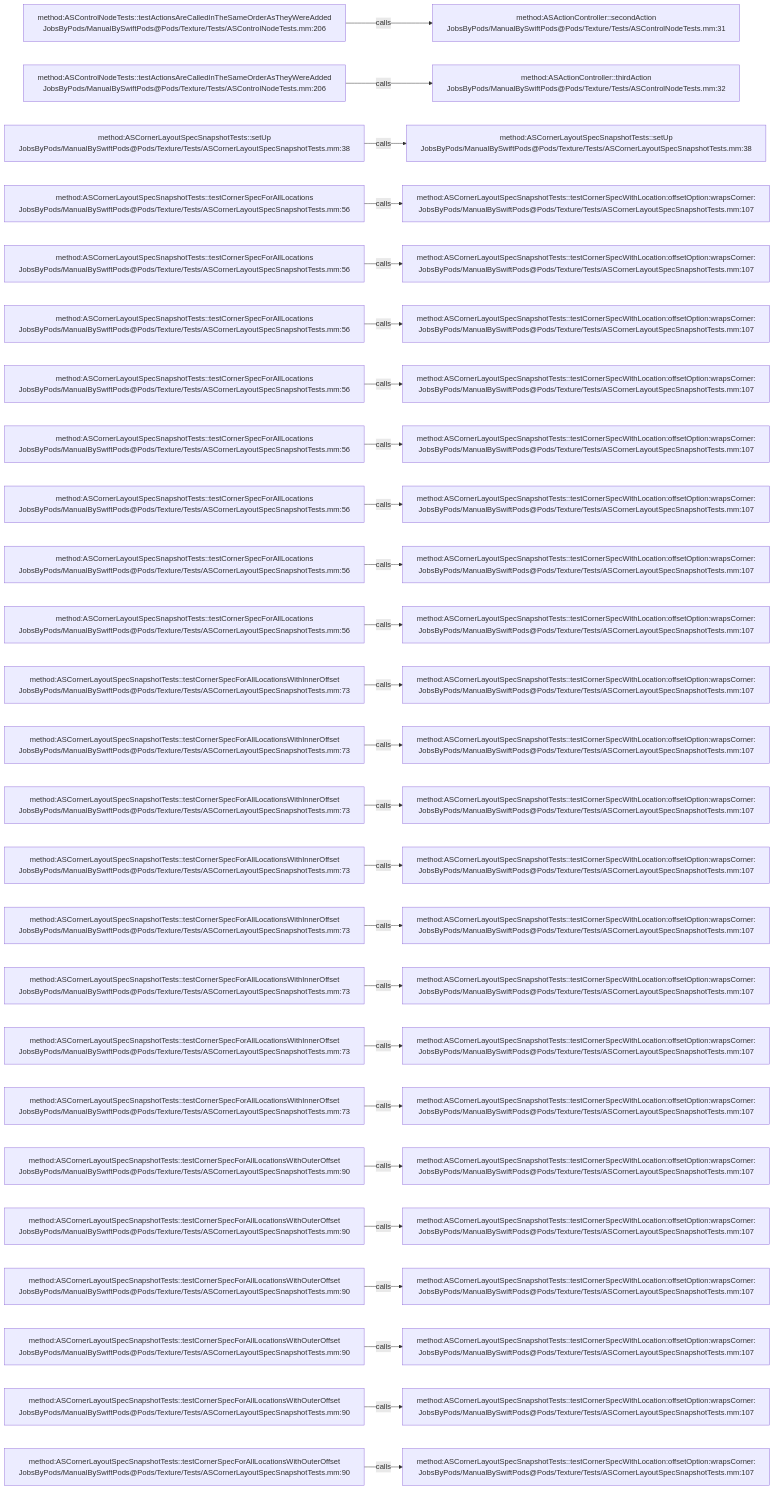
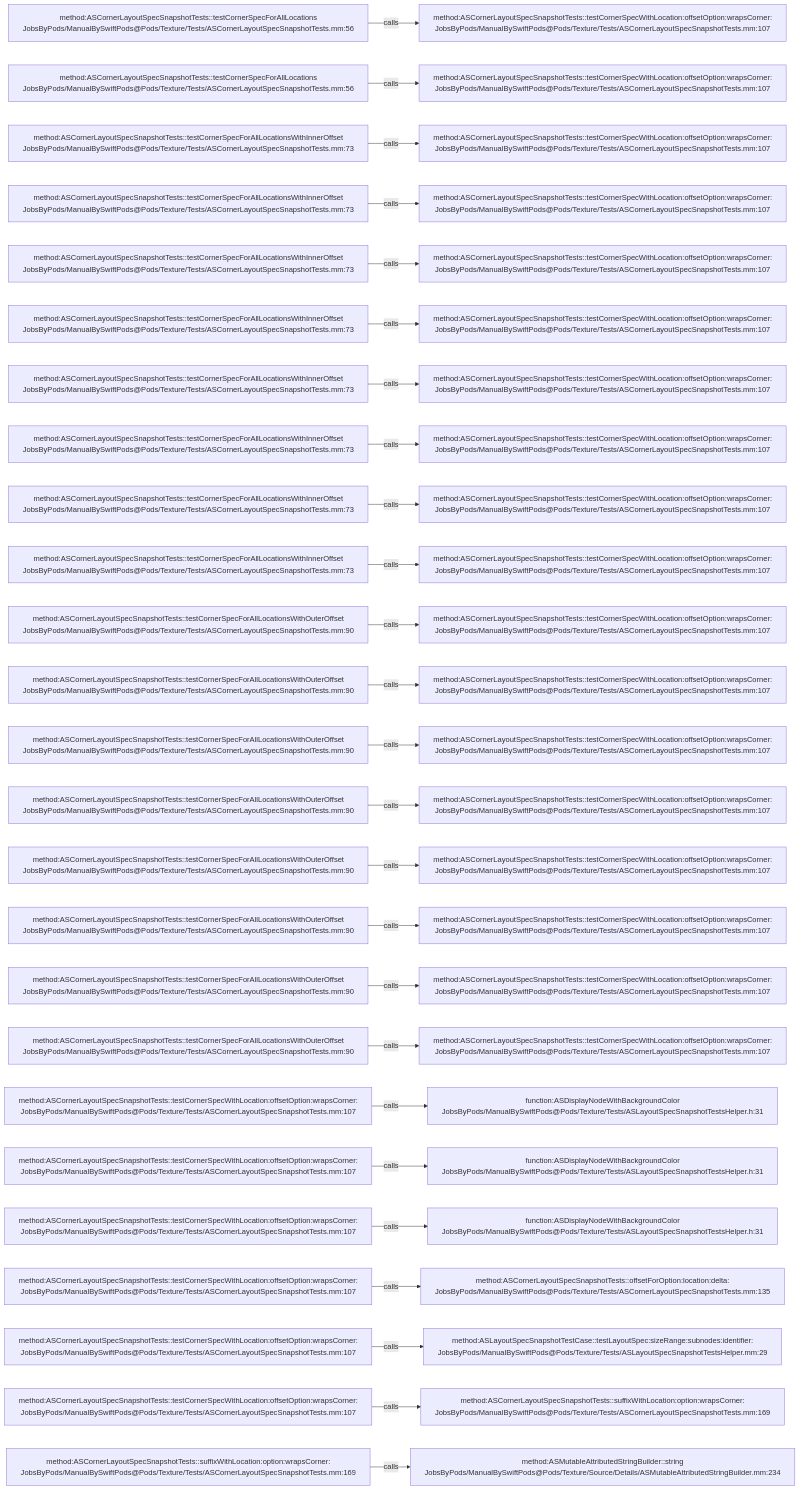
The diagram in .codegraph/codegraph.md/graphs/calls-177.md (JobsKits/JobsSwiftBaseConfigDemo), drawn with Mermaid before and after one commit. The commit also changed 707 other files, not shown here.

````diff
--- a/.codegraph/codegraph.md/graphs/calls-177.md
+++ b/.codegraph/codegraph.md/graphs/calls-177.md
@@ -13,78 +13,78 @@
 ```mermaid
 flowchart LR
-  S1["method:ASControlNodeTests::testActionsAreCalledInTheSameOrderAsTheyWereAdded<br/>JobsByPods/ManualBySwiftPods@Pods/Texture/Tests/ASControlNodeTests.mm:206"]
-  T1["method:ASActionController::secondAction<br/>JobsByPods/ManualBySwiftPods@Pods/Texture/Tests/ASControlNodeTests.mm:31"]
+  S1["method:ASCornerLayoutSpecSnapshotTests::testCornerSpecForAllLocations<br/>JobsByPods/ManualBySwiftPods@Pods/Texture/Tests/ASCornerLayoutSpecSnapshotTests.mm:56"]
+  T1["method:ASCornerLayoutSpecSnapshotTests::testCornerSpecWithLocation:offsetOption:wrapsCorner:<br/>JobsByPods/ManualBySwiftPods@Pods/Texture/Tests/ASCornerLayoutSpecSnapshotTests.mm:107"]
   S1 -->|calls| T1
-  S2["method:ASControlNodeTests::testActionsAreCalledInTheSameOrderAsTheyWereAdded<br/>JobsByPods/ManualBySwiftPods@Pods/Texture/Tests/ASControlNodeTests.mm:206"]
-  T2["method:ASActionController::thirdAction<br/>JobsByPods/ManualBySwiftPods@Pods/Texture/Tests/ASControlNodeTests.mm:32"]
+  S2["method:ASCornerLayoutSpecSnapshotTests::testCornerSpecForAllLocations<br/>JobsByPods/ManualBySwiftPods@Pods/Texture/Tests/ASCornerLayoutSpecSnapshotTests.mm:56"]
+  T2["method:ASCornerLayoutSpecSnapshotTests::testCornerSpecWithLocation:offsetOption:wrapsCorner:<br/>JobsByPods/ManualBySwiftPods@Pods/Texture/Tests/ASCornerLayoutSpecSnapshotTests.mm:107"]
   S2 -->|calls| T2
-  S3["method:ASCornerLayoutSpecSnapshotTests::setUp<br/>JobsByPods/ManualBySwiftPods@Pods/Texture/Tests/ASCornerLayoutSpecSnapshotTests.mm:38"]
-  T3["method:ASCornerLayoutSpecSnapshotTests::setUp<br/>JobsByPods/ManualBySwiftPods@Pods/Texture/Tests/ASCornerLayoutSpecSnapshotTests.mm:38"]
+  S3["method:ASCornerLayoutSpecSnapshotTests::testCornerSpecForAllLocationsWithInnerOffset<br/>JobsByPods/ManualBySwiftPods@Pods/Texture/Tests/ASCornerLayoutSpecSnapshotTests.mm:73"]
+  T3["method:ASCornerLayoutSpecSnapshotTests::testCornerSpecWithLocation:offsetOption:wrapsCorner:<br/>JobsByPods/ManualBySwiftPods@Pods/Texture/Tests/ASCornerLayoutSpecSnapshotTests.mm:107"]
   S3 -->|calls| T3
-  S4["method:ASCornerLayoutSpecSnapshotTests::testCornerSpecForAllLocations<br/>JobsByPods/ManualBySwiftPods@Pods/Texture/Tests/ASCornerLayoutSpecSnapshotTests.mm:56"]
+  S4["method:ASCornerLayoutSpecSnapshotTests::testCornerSpecForAllLocationsWithInnerOffset<br/>JobsByPods/ManualBySwiftPods@Pods/Texture/Tests/ASCornerLayoutSpecSnapshotTests.mm:73"]
   T4["method:ASCornerLayoutSpecSnapshotTests::testCornerSpecWithLocation:offsetOption:wrapsCorner:<br/>JobsByPods/ManualBySwiftPods@Pods/Texture/Tests/ASCornerLayoutSpecSnapshotTests.mm:107"]
   S4 -->|calls| T4
-  S5["method:ASCornerLayoutSpecSnapshotTests::testCornerSpecForAllLocations<br/>JobsByPods/ManualBySwiftPods@Pods/Texture/Tests/ASCornerLayoutSpecSnapshotTests.mm:56"]
+  S5["method:ASCornerLayoutSpecSnapshotTests::testCornerSpecForAllLocationsWithInnerOffset<br/>JobsByPods/ManualBySwiftPods@Pods/Texture/Tests/ASCornerLayoutSpecSnapshotTests.mm:73"]
   T5["method:ASCornerLayoutSpecSnapshotTests::testCornerSpecWithLocation:offsetOption:wrapsCorner:<br/>JobsByPods/ManualBySwiftPods@Pods/Texture/Tests/ASCornerLayoutSpecSnapshotTests.mm:107"]
   S5 -->|calls| T5
-  S6["method:ASCornerLayoutSpecSnapshotTests::testCornerSpecForAllLocations<br/>JobsByPods/ManualBySwiftPods@Pods/Texture/Tests/ASCornerLayoutSpecSnapshotTests.mm:56"]
+  S6["method:ASCornerLayoutSpecSnapshotTests::testCornerSpecForAllLocationsWithInnerOffset<br/>JobsByPods/ManualBySwiftPods@Pods/Texture/Tests/ASCornerLayoutSpecSnapshotTests.mm:73"]
   T6["method:ASCornerLayoutSpecSnapshotTests::testCornerSpecWithLocation:offsetOption:wrapsCorner:<br/>JobsByPods/ManualBySwiftPods@Pods/Texture/Tests/ASCornerLayoutSpecSnapshotTests.mm:107"]
   S6 -->|calls| T6
-  S7["method:ASCornerLayoutSpecSnapshotTests::testCornerSpecForAllLocations<br/>JobsByPods/ManualBySwiftPods@Pods/Texture/Tests/ASCornerLayoutSpecSnapshotTests.mm:56"]
+  S7["method:ASCornerLayoutSpecSnapshotTests::testCornerSpecForAllLocationsWithInnerOffset<br/>JobsByPods/ManualBySwiftPods@Pods/Texture/Tests/ASCornerLayoutSpecSnapshotTests.mm:73"]
   T7["method:ASCornerLayoutSpecSnapshotTests::testCornerSpecWithLocation:offsetOption:wrapsCorner:<br/>JobsByPods/ManualBySwiftPods@Pods/Texture/Tests/ASCornerLayoutSpecSnapshotTests.mm:107"]
   S7 -->|calls| T7
-  S8["method:ASCornerLayoutSpecSnapshotTests::testCornerSpecForAllLocations<br/>JobsByPods/ManualBySwiftPods@Pods/Texture/Tests/ASCornerLayoutSpecSnapshotTests.mm:56"]
+  S8["method:ASCornerLayoutSpecSnapshotTests::testCornerSpecForAllLocationsWithInnerOffset<br/>JobsByPods/ManualBySwiftPods@Pods/Texture/Tests/ASCornerLayoutSpecSnapshotTests.mm:73"]
   T8["method:ASCornerLayoutSpecSnapshotTests::testCornerSpecWithLocation:offsetOption:wrapsCorner:<br/>JobsByPods/ManualBySwiftPods@Pods/Texture/Tests/ASCornerLayoutSpecSnapshotTests.mm:107"]
   S8 -->|calls| T8
-  S9["method:ASCornerLayoutSpecSnapshotTests::testCornerSpecForAllLocations<br/>JobsByPods/ManualBySwiftPods@Pods/Texture/Tests/ASCornerLayoutSpecSnapshotTests.mm:56"]
+  S9["method:ASCornerLayoutSpecSnapshotTests::testCornerSpecForAllLocationsWithInnerOffset<br/>JobsByPods/ManualBySwiftPods@Pods/Texture/Tests/ASCornerLayoutSpecSnapshotTests.mm:73"]
   T9["method:ASCornerLayoutSpecSnapshotTests::testCornerSpecWithLocation:offsetOption:wrapsCorner:<br/>JobsByPods/ManualBySwiftPods@Pods/Texture/Tests/ASCornerLayoutSpecSnapshotTests.mm:107"]
   S9 -->|calls| T9
-  S10["method:ASCornerLayoutSpecSnapshotTests::testCornerSpecForAllLocations<br/>JobsByPods/ManualBySwiftPods@Pods/Texture/Tests/ASCornerLayoutSpecSnapshotTests.mm:56"]
+  S10["method:ASCornerLayoutSpecSnapshotTests::testCornerSpecForAllLocationsWithInnerOffset<br/>JobsByPods/ManualBySwiftPods@Pods/Texture/Tests/ASCornerLayoutSpecSnapshotTests.mm:73"]
   T10["method:ASCornerLayoutSpecSnapshotTests::testCornerSpecWithLocation:offsetOption:wrapsCorner:<br/>JobsByPods/ManualBySwiftPods@Pods/Texture/Tests/ASCornerLayoutSpecSnapshotTests.mm:107"]
   S10 -->|calls| T10
-  S11["method:ASCornerLayoutSpecSnapshotTests::testCornerSpecForAllLocations<br/>JobsByPods/ManualBySwiftPods@Pods/Texture/Tests/ASCornerLayoutSpecSnapshotTests.mm:56"]
+  S11["method:ASCornerLayoutSpecSnapshotTests::testCornerSpecForAllLocationsWithOuterOffset<br/>JobsByPods/ManualBySwiftPods@Pods/Texture/Tests/ASCornerLayoutSpecSnapshotTests.mm:90"]
   T11["method:ASCornerLayoutSpecSnapshotTests::testCornerSpecWithLocation:offsetOption:wrapsCorner:<br/>JobsByPods/ManualBySwiftPods@Pods/Texture/Tests/ASCornerLayoutSpecSnapshotTests.mm:107"]
   S11 -->|calls| T11
-  S12["method:ASCornerLayoutSpecSnapshotTests::testCornerSpecForAllLocationsWithInnerOffset<br/>JobsByPods/ManualBySwiftPods@Pods/Texture/Tests/ASCornerLayoutSpecSnapshotTests.mm:73"]
+  S12["method:ASCornerLayoutSpecSnapshotTests::testCornerSpecForAllLocationsWithOuterOffset<br/>JobsByPods/ManualBySwiftPods@Pods/Texture/Tests/ASCornerLayoutSpecSnapshotTests.mm:90"]
   T12["method:ASCornerLayoutSpecSnapshotTests::testCornerSpecWithLocation:offsetOption:wrapsCorner:<br/>JobsByPods/ManualBySwiftPods@Pods/Texture/Tests/ASCornerLayoutSpecSnapshotTests.mm:107"]
   S12 -->|calls| T12
-  S13["method:ASCornerLayoutSpecSnapshotTests::testCornerSpecForAllLocationsWithInnerOffset<br/>JobsByPods/ManualBySwiftPods@Pods/Texture/Tests/ASCornerLayoutSpecSnapshotTests.mm:73"]
+  S13["method:ASCornerLayoutSpecSnapshotTests::testCornerSpecForAllLocationsWithOuterOffset<br/>JobsByPods/ManualBySwiftPods@Pods/Texture/Tests/ASCornerLayoutSpecSnapshotTests.mm:90"]
   T13["method:ASCornerLayoutSpecSnapshotTests::testCornerSpecWithLocation:offsetOption:wrapsCorner:<br/>JobsByPods/ManualBySwiftPods@Pods/Texture/Tests/ASCornerLayoutSpecSnapshotTests.mm:107"]
   S13 -->|calls| T13
-  S14["method:ASCornerLayoutSpecSnapshotTests::testCornerSpecForAllLocationsWithInnerOffset<br/>JobsByPods/ManualBySwiftPods@Pods/Texture/Tests/ASCornerLayoutSpecSnapshotTests.mm:73"]
+  S14["method:ASCornerLayoutSpecSnapshotTests::testCornerSpecForAllLocationsWithOuterOffset<br/>JobsByPods/ManualBySwiftPods@Pods/Texture/Tests/ASCornerLayoutSpecSnapshotTests.mm:90"]
   T14["method:ASCornerLayoutSpecSnapshotTests::testCornerSpecWithLocation:offsetOption:wrapsCorner:<br/>JobsByPods/ManualBySwiftPods@Pods/Texture/Tests/ASCornerLayoutSpecSnapshotTests.mm:107"]
   S14 -->|calls| T14
-  S15["method:ASCornerLayoutSpecSnapshotTests::testCornerSpecForAllLocationsWithInnerOffset<br/>JobsByPods/ManualBySwiftPods@Pods/Texture/Tests/ASCornerLayoutSpecSnapshotTests.mm:73"]
+  S15["method:ASCornerLayoutSpecSnapshotTests::testCornerSpecForAllLocationsWithOuterOffset<br/>JobsByPods/ManualBySwiftPods@Pods/Texture/Tests/ASCornerLayoutSpecSnapshotTests.mm:90"]
   T15["method:ASCornerLayoutSpecSnapshotTests::testCornerSpecWithLocation:offsetOption:wrapsCorner:<br/>JobsByPods/ManualBySwiftPods@Pods/Texture/Tests/ASCornerLayoutSpecSnapshotTests.mm:107"]
   S15 -->|calls| T15
-  S16["method:ASCornerLayoutSpecSnapshotTests::testCornerSpecForAllLocationsWithInnerOffset<br/>JobsByPods/ManualBySwiftPods@Pods/Texture/Tests/ASCornerLayoutSpecSnapshotTests.mm:73"]
+  S16["method:ASCornerLayoutSpecSnapshotTests::testCornerSpecForAllLocationsWithOuterOffset<br/>JobsByPods/ManualBySwiftPods@Pods/Texture/Tests/ASCornerLayoutSpecSnapshotTests.mm:90"]
   T16["method:ASCornerLayoutSpecSnapshotTests::testCornerSpecWithLocation:offsetOption:wrapsCorner:<br/>JobsByPods/ManualBySwiftPods@Pods/Texture/Tests/ASCornerLayoutSpecSnapshotTests.mm:107"]
   S16 -->|calls| T16
-  S17["method:ASCornerLayoutSpecSnapshotTests::testCornerSpecForAllLocationsWithInnerOffset<br/>JobsByPods/ManualBySwiftPods@Pods/Texture/Tests/ASCornerLayoutSpecSnapshotTests.mm:73"]
+  S17["method:ASCornerLayoutSpecSnapshotTests::testCornerSpecForAllLocationsWithOuterOffset<br/>JobsByPods/ManualBySwiftPods@Pods/Texture/Tests/ASCornerLayoutSpecSnapshotTests.mm:90"]
   T17["method:ASCornerLayoutSpecSnapshotTests::testCornerSpecWithLocation:offsetOption:wrapsCorner:<br/>JobsByPods/ManualBySwiftPods@Pods/Texture/Tests/ASCornerLayoutSpecSnapshotTests.mm:107"]
   S17 -->|calls| T17
-  S18["method:ASCornerLayoutSpecSnapshotTests::testCornerSpecForAllLocationsWithInnerOffset<br/>JobsByPods/ManualBySwiftPods@Pods/Texture/Tests/ASCornerLayoutSpecSnapshotTests.mm:73"]
+  S18["method:ASCornerLayoutSpecSnapshotTests::testCornerSpecForAllLocationsWithOuterOffset<br/>JobsByPods/ManualBySwiftPods@Pods/Texture/Tests/ASCornerLayoutSpecSnapshotTests.mm:90"]
   T18["method:ASCornerLayoutSpecSnapshotTests::testCornerSpecWithLocation:offsetOption:wrapsCorner:<br/>JobsByPods/ManualBySwiftPods@Pods/Texture/Tests/ASCornerLayoutSpecSnapshotTests.mm:107"]
   S18 -->|calls| T18
-  S19["method:ASCornerLayoutSpecSnapshotTests::testCornerSpecForAllLocationsWithInnerOffset<br/>JobsByPods/ManualBySwiftPods@Pods/Texture/Tests/ASCornerLayoutSpecSnapshotTests.mm:73"]
-  T19["method:ASCornerLayoutSpecSnapshotTests::testCornerSpecWithLocation:offsetOption:wrapsCorner:<br/>JobsByPods/ManualBySwiftPods@Pods/Texture/Tests/ASCornerLayoutSpecSnapshotTests.mm:107"]
+  S19["method:ASCornerLayoutSpecSnapshotTests::testCornerSpecWithLocation:offsetOption:wrapsCorner:<br/>JobsByPods/ManualBySwiftPods@Pods/Texture/Tests/ASCornerLayoutSpecSnapshotTests.mm:107"]
+  T19["function:ASDisplayNodeWithBackgroundColor<br/>JobsByPods/ManualBySwiftPods@Pods/Texture/Tests/ASLayoutSpecSnapshotTestsHelper.h:31"]
   S19 -->|calls| T19
-  S20["method:ASCornerLayoutSpecSnapshotTests::testCornerSpecForAllLocationsWithOuterOffset<br/>JobsByPods/ManualBySwiftPods@Pods/Texture/Tests/ASCornerLayoutSpecSnapshotTests.mm:90"]
-  T20["method:ASCornerLayoutSpecSnapshotTests::testCornerSpecWithLocation:offsetOption:wrapsCorner:<br/>JobsByPods/ManualBySwiftPods@Pods/Texture/Tests/ASCornerLayoutSpecSnapshotTests.mm:107"]
+  S20["method:ASCornerLayoutSpecSnapshotTests::testCornerSpecWithLocation:offsetOption:wrapsCorner:<br/>JobsByPods/ManualBySwiftPods@Pods/Texture/Tests/ASCornerLayoutSpecSnapshotTests.mm:107"]
+  T20["function:ASDisplayNodeWithBackgroundColor<br/>JobsByPods/ManualBySwiftPods@Pods/Texture/Tests/ASLayoutSpecSnapshotTestsHelper.h:31"]
   S20 -->|calls| T20
-  S21["method:ASCornerLayoutSpecSnapshotTests::testCornerSpecForAllLocationsWithOuterOffset<br/>JobsByPods/ManualBySwiftPods@Pods/Texture/Tests/ASCornerLayoutSpecSnapshotTests.mm:90"]
-  T21["method:ASCornerLayoutSpecSnapshotTests::testCornerSpecWithLocation:offsetOption:wrapsCorner:<br/>JobsByPods/ManualBySwiftPods@Pods/Texture/Tests/ASCornerLayoutSpecSnapshotTests.mm:107"]
+  S21["method:ASCornerLayoutSpecSnapshotTests::testCornerSpecWithLocation:offsetOption:wrapsCorner:<br/>JobsByPods/ManualBySwiftPods@Pods/Texture/Tests/ASCornerLayoutSpecSnapshotTests.mm:107"]
+  T21["function:ASDisplayNodeWithBackgroundColor<br/>JobsByPods/ManualBySwiftPods@Pods/Texture/Tests/ASLayoutSpecSnapshotTestsHelper.h:31"]
   S21 -->|calls| T21
-  S22["method:ASCornerLayoutSpecSnapshotTests::testCornerSpecForAllLocationsWithOuterOffset<br/>JobsByPods/ManualBySwiftPods@Pods/Texture/Tests/ASCornerLayoutSpecSnapshotTests.mm:90"]
-  T22["method:ASCornerLayoutSpecSnapshotTests::testCornerSpecWithLocation:offsetOption:wrapsCorner:<br/>JobsByPods/ManualBySwiftPods@Pods/Texture/Tests/ASCornerLayoutSpecSnapshotTests.mm:107"]
+  S22["method:ASCornerLayoutSpecSnapshotTests::testCornerSpecWithLocation:offsetOption:wrapsCorner:<br/>JobsByPods/ManualBySwiftPods@Pods/Texture/Tests/ASCornerLayoutSpecSnapshotTests.mm:107"]
+  T22["method:ASCornerLayoutSpecSnapshotTests::offsetForOption:location:delta:<br/>JobsByPods/ManualBySwiftPods@Pods/Texture/Tests/ASCornerLayoutSpecSnapshotTests.mm:135"]
   S22 -->|calls| T22
-  S23["method:ASCornerLayoutSpecSnapshotTests::testCornerSpecForAllLocationsWithOuterOffset<br/>JobsByPods/ManualBySwiftPods@Pods/Texture/Tests/ASCornerLayoutSpecSnapshotTests.mm:90"]
-  T23["method:ASCornerLayoutSpecSnapshotTests::testCornerSpecWithLocation:offsetOption:wrapsCorner:<br/>JobsByPods/ManualBySwiftPods@Pods/Texture/Tests/ASCornerLayoutSpecSnapshotTests.mm:107"]
+  S23["method:ASCornerLayoutSpecSnapshotTests::testCornerSpecWithLocation:offsetOption:wrapsCorner:<br/>JobsByPods/ManualBySwiftPods@Pods/Texture/Tests/ASCornerLayoutSpecSnapshotTests.mm:107"]
+  T23["method:ASLayoutSpecSnapshotTestCase::testLayoutSpec:sizeRange:subnodes:identifier:<br/>JobsByPods/ManualBySwiftPods@Pods/Texture/Tests/ASLayoutSpecSnapshotTestsHelper.mm:29"]
   S23 -->|calls| T23
-  S24["method:ASCornerLayoutSpecSnapshotTests::testCornerSpecForAllLocationsWithOuterOffset<br/>JobsByPods/ManualBySwiftPods@Pods/Texture/Tests/ASCornerLayoutSpecSnapshotTests.mm:90"]
-  T24["method:ASCornerLayoutSpecSnapshotTests::testCornerSpecWithLocation:offsetOption:wrapsCorner:<br/>JobsByPods/ManualBySwiftPods@Pods/Texture/Tests/ASCornerLayoutSpecSnapshotTests.mm:107"]
+  S24["method:ASCornerLayoutSpecSnapshotTests::testCornerSpecWithLocation:offsetOption:wrapsCorner:<br/>JobsByPods/ManualBySwiftPods@Pods/Texture/Tests/ASCornerLayoutSpecSnapshotTests.mm:107"]
+  T24["method:ASCornerLayoutSpecSnapshotTests::suffixWithLocation:option:wrapsCorner:<br/>JobsByPods/ManualBySwiftPods@Pods/Texture/Tests/ASCornerLayoutSpecSnapshotTests.mm:169"]
   S24 -->|calls| T24
-  S25["method:ASCornerLayoutSpecSnapshotTests::testCornerSpecForAllLocationsWithOuterOffset<br/>JobsByPods/ManualBySwiftPods@Pods/Texture/Tests/ASCornerLayoutSpecSnapshotTests.mm:90"]
-  T25["method:ASCornerLayoutSpecSnapshotTests::testCornerSpecWithLocation:offsetOption:wrapsCorner:<br/>JobsByPods/ManualBySwiftPods@Pods/Texture/Tests/ASCornerLayoutSpecSnapshotTests.mm:107"]
+  S25["method:ASCornerLayoutSpecSnapshotTests::suffixWithLocation:option:wrapsCorner:<br/>JobsByPods/ManualBySwiftPods@Pods/Texture/Tests/ASCornerLayoutSpecSnapshotTests.mm:169"]
+  T25["method:ASMutableAttributedStringBuilder::string<br/>JobsByPods/ManualBySwiftPods@Pods/Texture/Source/Details/ASMutableAttributedStringBuilder.mm:234"]
   S25 -->|calls| T25
 ```
````
